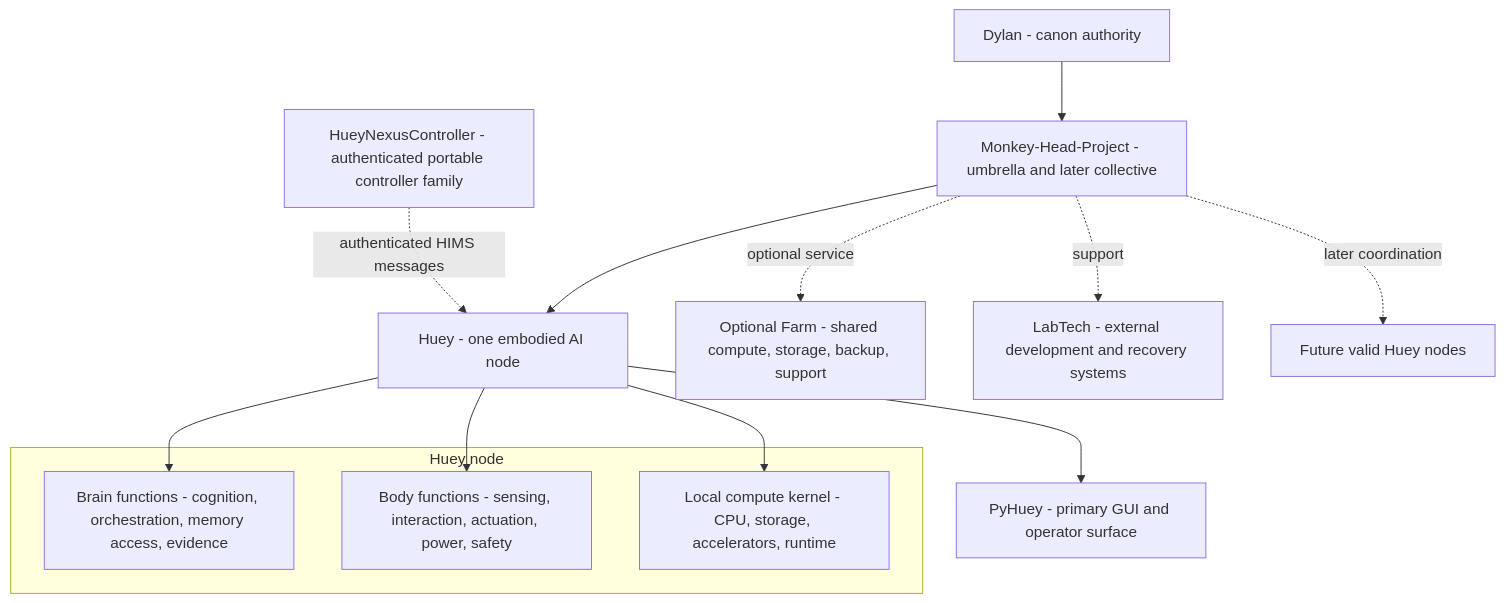
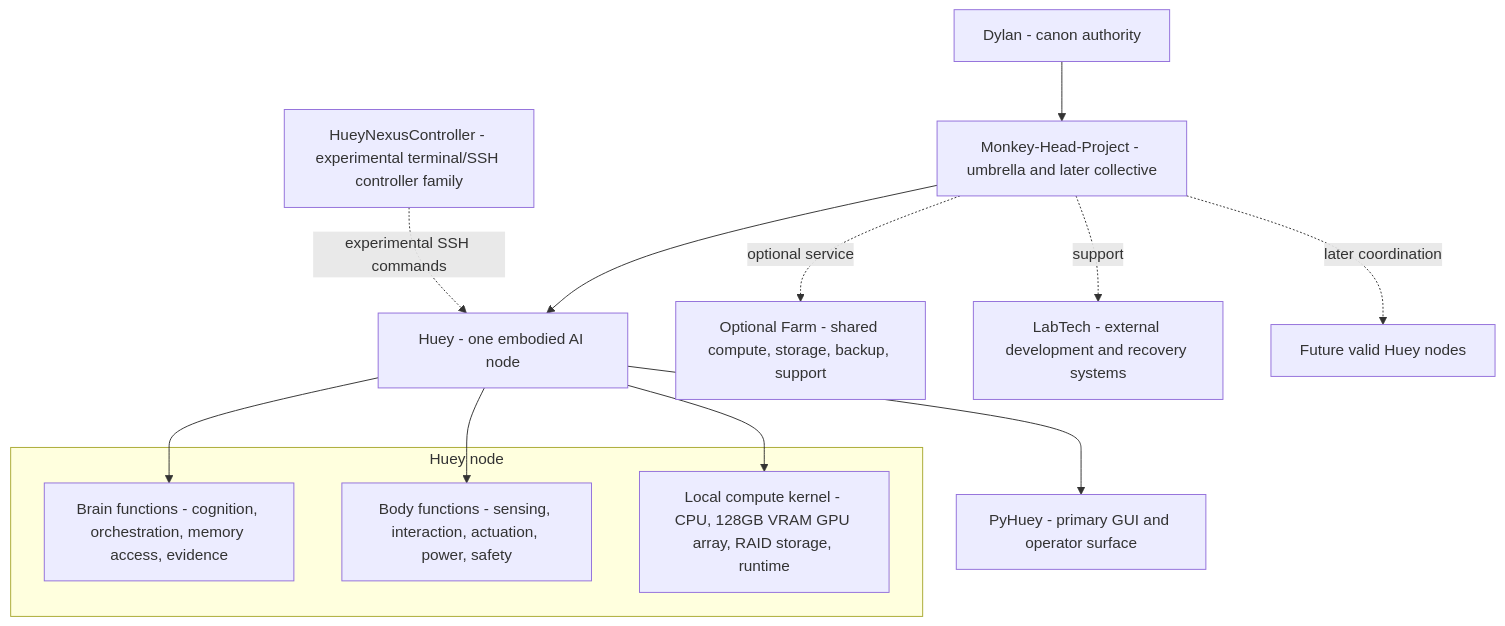
The diagram in README.md (DylanLRPollock/Monkey-Head-Project), drawn with Mermaid before and after one commit. The commit also changed other lines of this file, not shown here.

````diff
--- a/README.md
+++ b/README.md
@@ -127,29 +125,29 @@
 ```mermaid
 flowchart TB
     D["Dylan - canon authority"]
     MHP["Monkey-Head-Project - umbrella and later collective"]
     H["Huey - one embodied AI node"]
     PY["PyHuey - primary GUI and operator surface"]
 
     subgraph NODE["Huey node"]
         BRAIN["Brain functions - cognition, orchestration, memory access, evidence"]
         BODY["Body functions - sensing, interaction, actuation, power, safety"]
-        KERNEL["Local compute kernel - CPU, storage, accelerators, runtime"]
+        KERNEL["Local compute kernel - CPU, 128GB VRAM GPU array, RAID storage, runtime"]
     end
 
-    NEXUS["HueyNexusController - authenticated portable controller family"]
+    NEXUS["HueyNexusController - experimental terminal/SSH controller family"]
     FARM["Optional Farm - shared compute, storage, backup, support"]
     LAB["LabTech - external development and recovery systems"]
     FUTURE["Future valid Huey nodes"]
 
     D --> MHP
     MHP --> H
     H --> PY
     H --> BRAIN
     H --> BODY
     H --> KERNEL
-    NEXUS -. authenticated HIMS messages .-> H
+    NEXUS -. experimental SSH commands .-> H
     MHP -. optional service .-> FARM
     MHP -. support .-> LAB
     MHP -. later coordination .-> FUTURE
 ```
````
